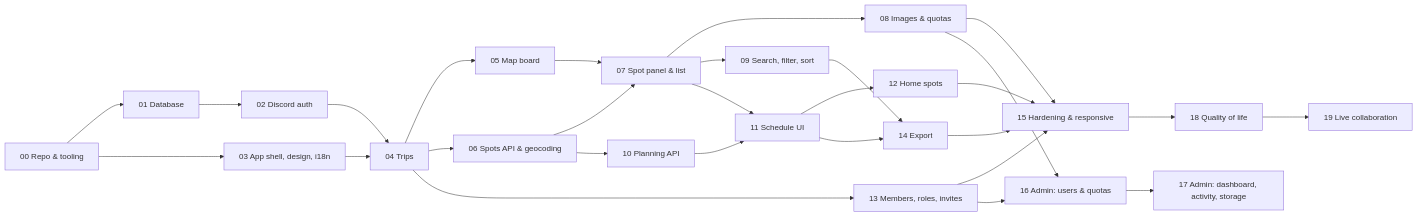
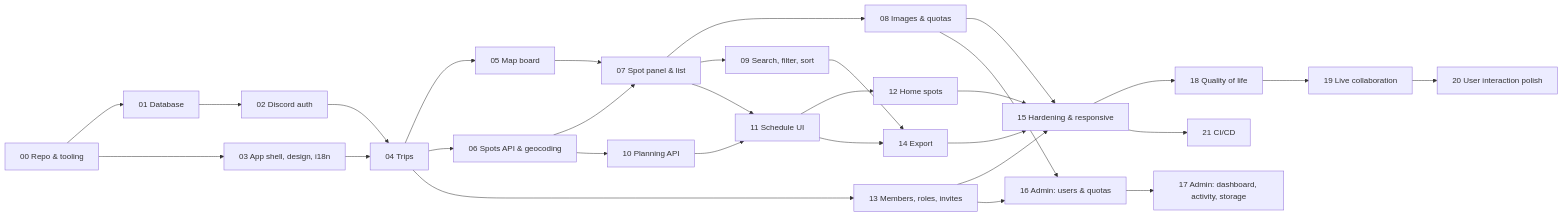
One commit to Oliver122/trip-board changed the diagram in requirements/README.md. Above: the diagram before and after it, drawn with Mermaid. The commit also changed other lines of this file and 64 other files, not shown here.

````diff
--- a/requirements/README.md
+++ b/requirements/README.md
@@ -11,30 +11,32 @@
 ```mermaid
 flowchart LR
     S00[00 Repo & tooling] --> S01[01 Database]
     S01 --> S02[02 Discord auth]
     S00 --> S03[03 App shell, design, i18n]
     S02 --> S04[04 Trips]
     S03 --> S04
     S04 --> S05[05 Map board]
     S04 --> S06[06 Spots API & geocoding]
     S05 --> S07[07 Spot panel & list]
     S06 --> S07
     S07 --> S08[08 Images & quotas]
     S07 --> S09[09 Search, filter, sort]
     S06 --> S10[10 Planning API]
     S10 --> S11[11 Schedule UI]
     S07 --> S11
     S11 --> S12[12 Home spots]
     S04 --> S13[13 Members, roles, invites]
     S09 --> S14[14 Export]
     S11 --> S14
     S08 --> S15[15 Hardening & responsive]
     S12 --> S15
     S13 --> S15
     S14 --> S15
     S08 --> S16[16 Admin: users & quotas]
     S13 --> S16
     S16 --> S17[17 Admin: dashboard, activity, storage]
     S15 --> S18[18 Quality of life]
     S18 --> S19[19 Live collaboration]
+    S19 --> S20[20 User interaction polish]
+    S15 --> S21[21 CI/CD]
 ```
````
